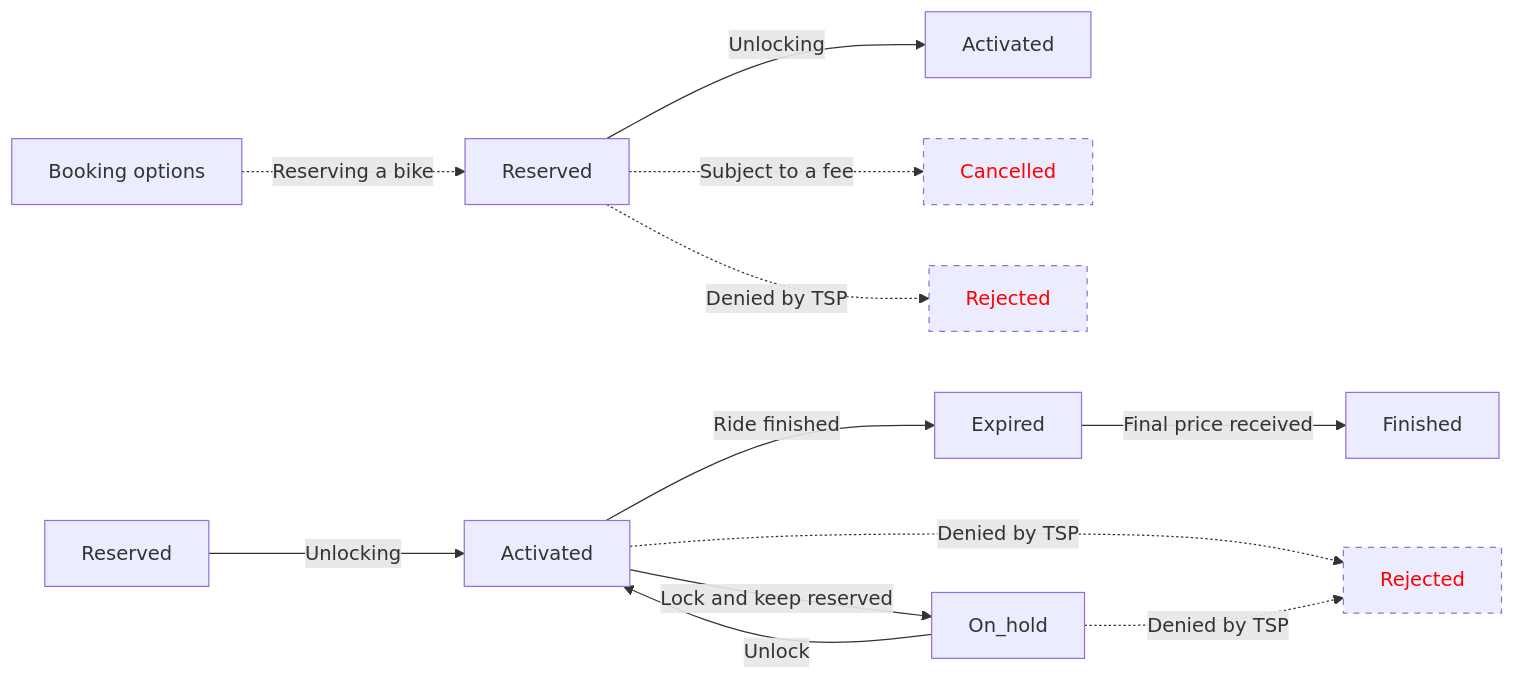
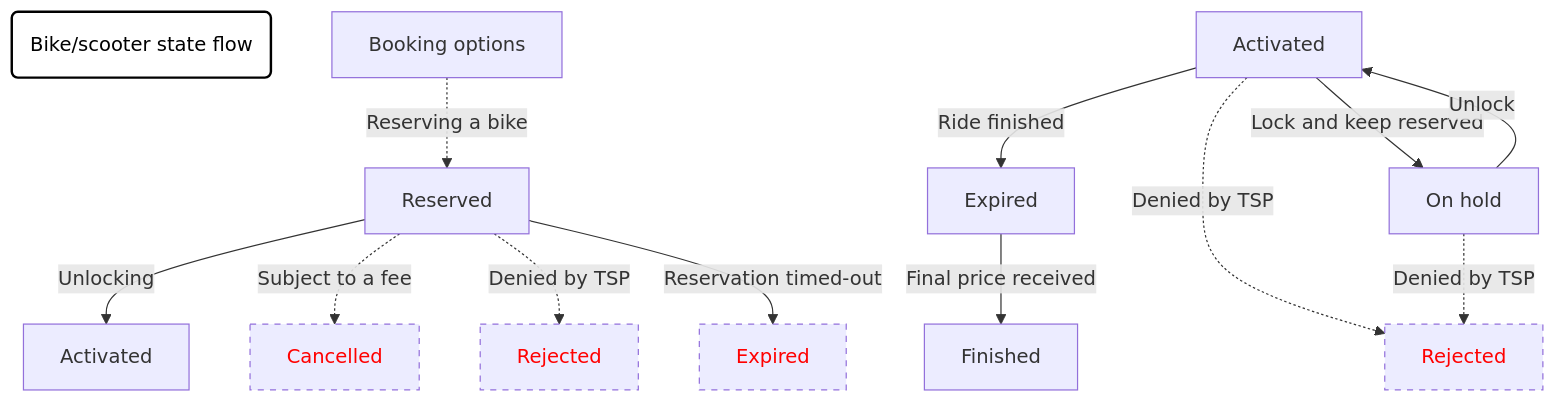
The diagram in specs/workflow/bike.mmd (huksley/maas-tsp-api), drawn with Mermaid before and after one commit. The commit also changed 14 other files, not shown here.

```diff
--- a/specs/workflow/bike.mmd
+++ b/specs/workflow/bike.mmd
@@ -1,17 +1,20 @@
-graph LR
-    %% MermaidJS workflow graph for Bike or E-bike TSP
-    %% Use https://mermaid-js.github.io/mermaid-live-editor/ to edit
-    Options[Booking options] -.->|Reserving a bike | Reserved
-    Reserved -->|Unlocking| Activated2[Activated]
-    Reserved -.->|Subject to a fee| Cancelled
-    Reserved -.->|Denied by TSP| Rejected
-    Reserved2[Reserved] -->|Unlocking| Activated
-    Activated -->|Ride finished| Expired
-    Activated -->|Lock and keep reserved| On_hold
-    Expired -->|Final price received| Finished
-    On_hold -->|Unlock| Activated
-    Activated -.->|Denied by TSP| Rejected2[Rejected]
-    On_hold -.->|Denied by TSP| Rejected2[Rejected]
-    style Cancelled color:red,stroke-dasharray: 5, 5
-    style Rejected color:red,stroke-dasharray: 5, 5
-    style Rejected2 color:red,stroke-dasharray: 5, 5
+graph TD
+  label1(Bike/scooter state flow)
+  %% MermaidJS workflow graph for Bike or E-bike TSP
+  %% Use https://mermaid-js.github.io/mermaid-live-editor/ to edit
+  Options[Booking options] -.->|Reserving a bike | Reserved
+  Reserved -->|Unlocking| Activated2[Activated]
+  Reserved -.->|Subject to a fee| Cancelled
+  Reserved -.->|Denied by TSP| Rejected
+  Reserved -->|Reservation timed-out| Expired2[Expired]
+  Activated -->|Ride finished| Expired
+  Activated -->|Lock and keep reserved| On_hold[On hold]
+  Expired -->|Final price received| Finished
+  On_hold[On hold] -->|Unlock| Activated
+  Activated -.->|Denied by TSP| Rejected2[Rejected]
+  On_hold[On hold] -.->|Denied by TSP| Rejected2[Rejected]
+  style Cancelled color:red,stroke-dasharray: 5, 5
+  style Rejected color:red,stroke-dasharray: 5, 5
+  style Rejected2 color:red,stroke-dasharray: 5, 5
+  style Expired2 color:red,stroke-dasharray: 5, 5
+  style label1 stroke-width:2px,color:black,stroke:black,fill:white
```
